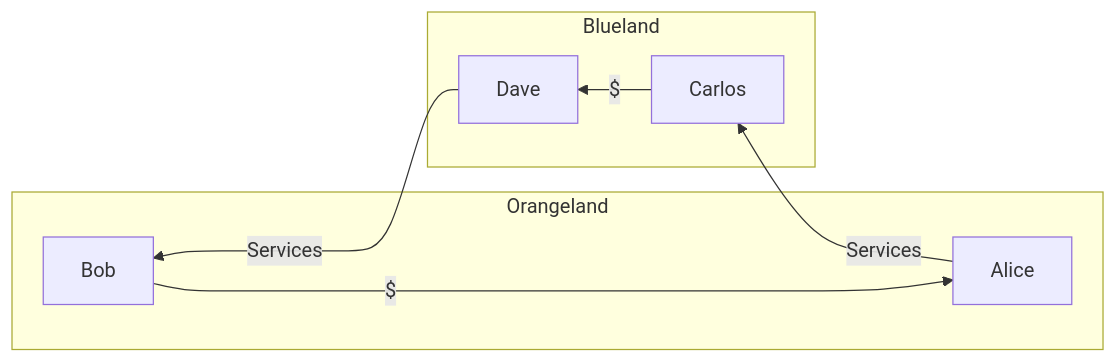
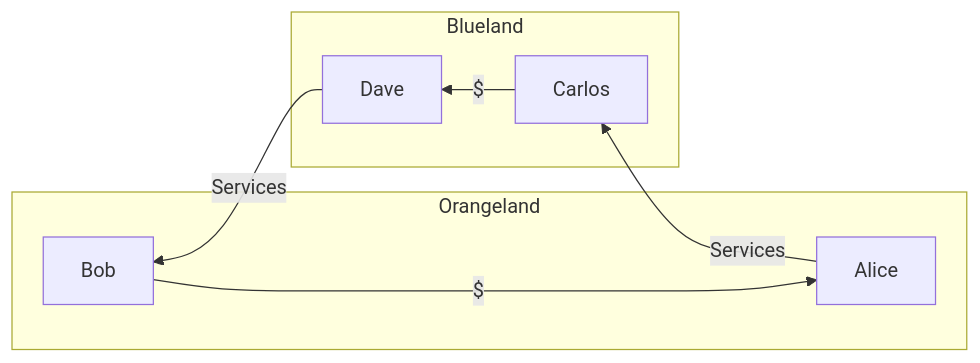
The fourth of 4 diagrams in en/gap.md (johnthesmith/scraps), drawn with Mermaid before and after one commit.

````diff
--- a/en/gap.md
+++ b/en/gap.md
@@ -68,18 +68,18 @@
 ```mermaid
 graph RL
     subgraph Orangeland
         Alice
         Bob
     end
 
     subgraph Blueland
         Carlos
         Dave
     end
 
     Alice
     --> |Services| Carlos
     --> |$| Dave
-    ----> |Services| Bob
+    --> |Services| Bob
     --> |$| Alice
 ```
````
